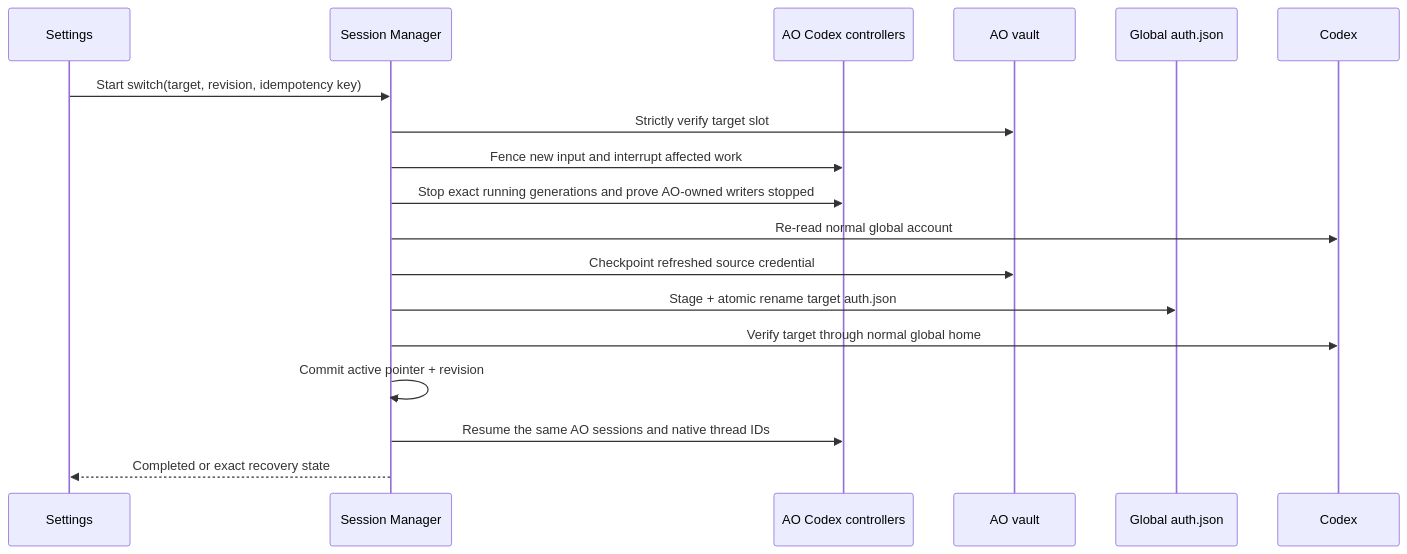
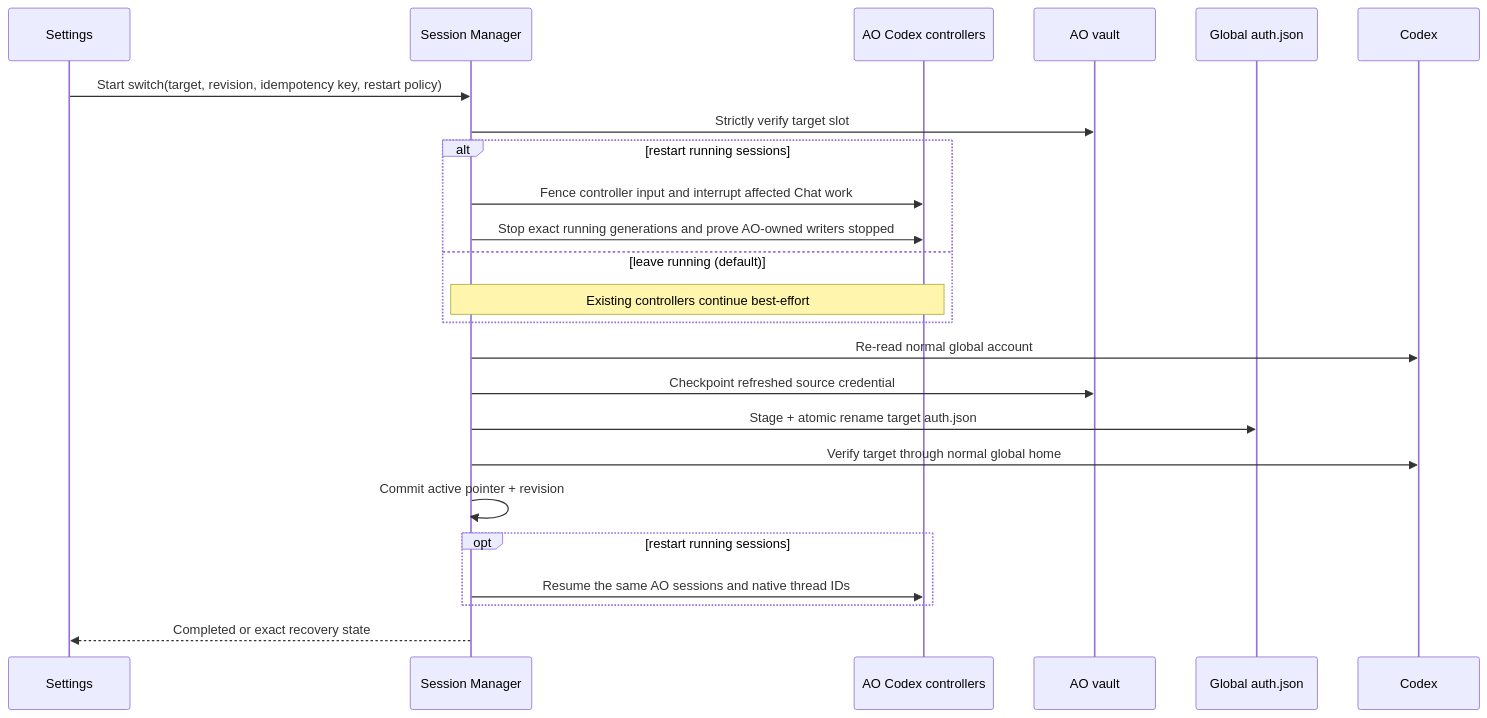
Before and after one commit to Untrivial-ai/agent-orchestrator: the fourth of 4 diagrams in docs/research/2026-08-31-codex-global-account-management-architecture.md, drawn with Mermaid. The commit also changed other lines of this file and 33 other files, not shown here.

````diff
--- a/docs/research/2026-08-31-codex-global-account-management-architecture.md
+++ b/docs/research/2026-08-31-codex-global-account-management-architecture.md
@@ -127,21 +131,27 @@
 ```mermaid
 sequenceDiagram
     participant UI as Settings
     participant SM as Session Manager
     participant AO as AO Codex controllers
     participant V as AO vault
     participant G as Global auth.json
     participant C as Codex
 
-    UI->>SM: Start switch(target, revision, idempotency key)
+    UI->>SM: Start switch(target, revision, idempotency key, restart policy)
     SM->>V: Strictly verify target slot
-    SM->>AO: Fence new input and interrupt affected work
-    SM->>AO: Stop exact running generations and prove AO-owned writers stopped
+    alt restart running sessions
+        SM->>AO: Fence controller input and interrupt affected Chat work
+        SM->>AO: Stop exact running generations and prove AO-owned writers stopped
+    else leave running (default)
+        Note over SM,AO: Existing controllers continue best-effort
+    end
     SM->>C: Re-read normal global account
     SM->>V: Checkpoint refreshed source credential
     SM->>G: Stage + atomic rename target auth.json
     SM->>C: Verify target through normal global home
     SM->>SM: Commit active pointer + revision
-    SM->>AO: Resume the same AO sessions and native thread IDs
+    opt restart running sessions
+        SM->>AO: Resume the same AO sessions and native thread IDs
+    end
     SM-->>UI: Completed or exact recovery state
 ```
````
